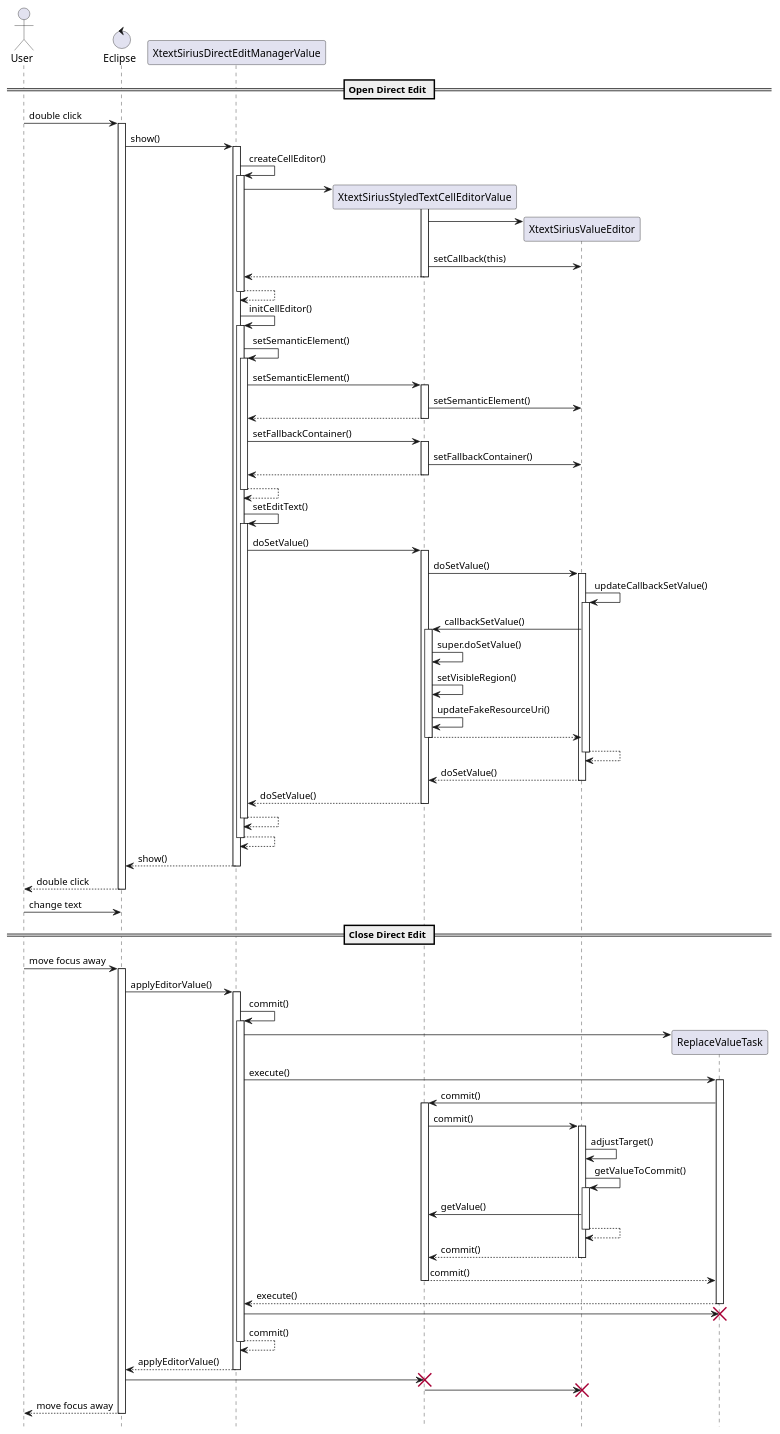
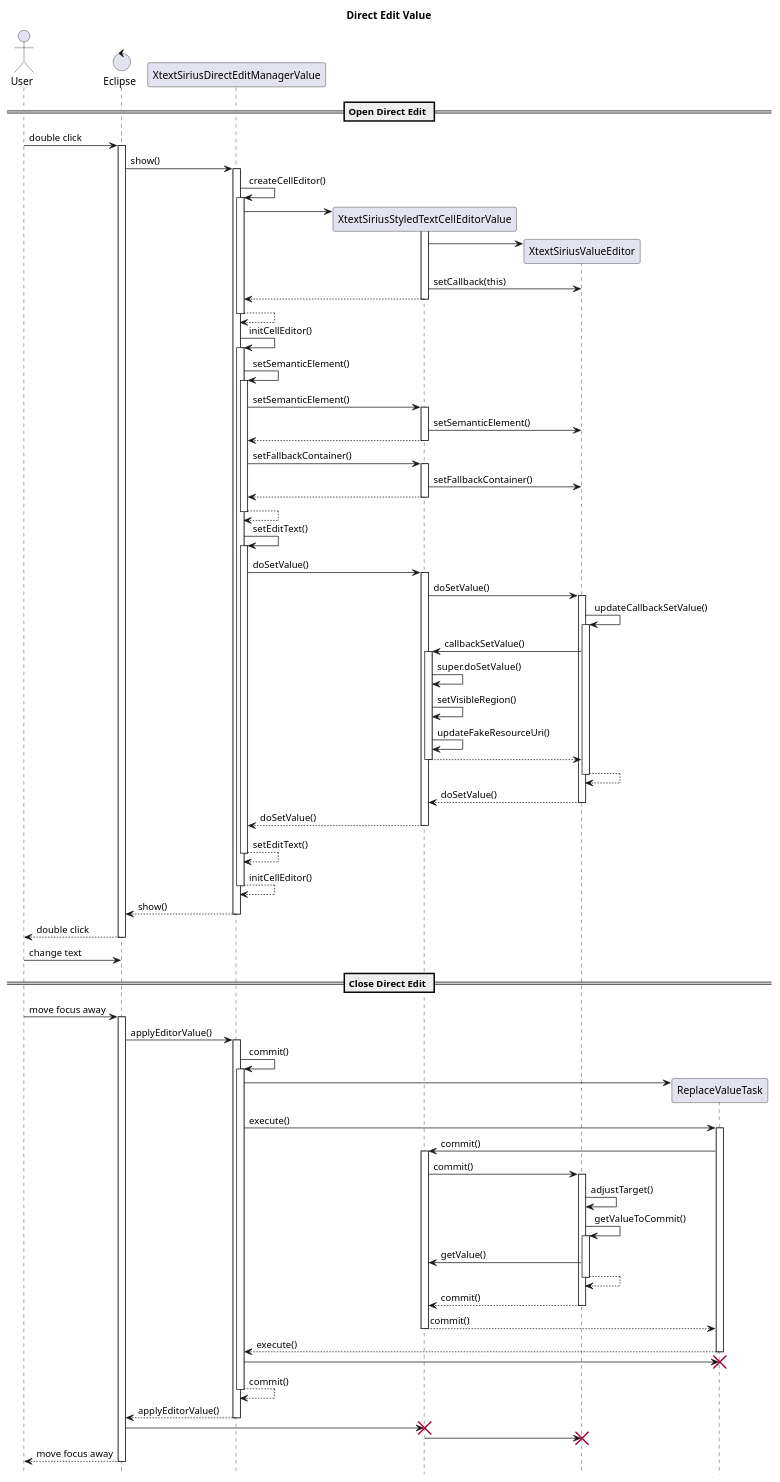
The second of 4 diagrams in doc/com.altran.general.integration.xtextsirius.doc/internalFlow.adoc (altran-mde/xtext-sirius-integration), drawn with PlantUML before and after one commit. The commit also changed other lines of this file and 9 other files, not shown here.

Commit message:
finished sequence diagrams for internal flow

```diff
--- a/doc/com.altran.general.integration.xtextsirius.doc/internalFlow.adoc
+++ b/doc/com.altran.general.integration.xtextsirius.doc/internalFlow.adoc
@@ -260,77 +223,62 @@
 
 participant ReplaceValueTask as replaceValueTask
 
+title Direct Edit Value
+
 == Open Direct Edit ==
 
 user -> eclipse ++: double click
 
-eclipse -> editMgr ++: show()
+	eclipse -> editMgr ++: show()
 
-editMgr -> editMgr ++: createCellEditor()
+		editMgr -> editMgr ++: createCellEditor()
+			editMgr -> cellEditor **
+			activate cellEditor
+				cellEditor -> valueEditor **
+				cellEditor -> valueEditor: setCallback(this)
+			'new cellEditor
+			return
+		'editMgr.createCellEditor()
+		return
 
-editMgr -> cellEditor **
-activate cellEditor
+		editMgr -> editMgr ++: initCellEditor()
 
-cellEditor -> valueEditor **
-cellEditor -> valueEditor: setCallback(this)
+			editMgr -> editMgr ++: setSemanticElement()
+				editMgr -> cellEditor ++: setSemanticElement()
+					cellEditor -> valueEditor: setSemanticElement()
+				'cellEditor.setSemanticElement()
+				return
 
-'new cellEditor
-return
+				editMgr -> cellEditor ++: setFallbackContainer()
+					cellEditor -> valueEditor: setFallbackContainer()
+				'cellEditor.setFallbackContainer()
+				return
+			'editMgr.setSemanticElement()
+			return
 
-'editMgr.createCellEditor()
-return
+			editMgr -> editMgr ++: setEditText()
+				editMgr -> cellEditor ++: doSetValue()
+					cellEditor -> valueEditor ++: doSetValue()
+						valueEditor -> valueEditor ++: updateCallbackSetValue()
+							valueEditor -> cellEditor ++: callbackSetValue()
+								cellEditor -> cellEditor: super.doSetValue()
+								cellEditor -> cellEditor: setVisibleRegion()
+								cellEditor -> cellEditor: updateFakeResourceUri()
+							'cellEditor.callbackSetValue()
+							return
+						'valueEditor.updateCallbackSetValue()
+						return
+					'valueEditor.doSetValue()
+					return doSetValue()
+				'cellEditor.doSetValue()
+				return doSetValue()
+			'editMgr.setEditText()
+			return setEditText()
 
-editMgr -> editMgr ++: initCellEditor()
-
-editMgr -> editMgr ++: setSemanticElement()
-
-editMgr -> cellEditor ++: setSemanticElement()
-cellEditor -> valueEditor: setSemanticElement()
-'cellEditor.setSemanticElement()
-return
-
-editMgr -> cellEditor ++: setFallbackContainer()
-cellEditor -> valueEditor: setFallbackContainer()
-'cellEditor.setFallbackContainer()
-return
-
-'editMgr.setSemanticElement()
-return
-
-editMgr -> editMgr ++: setEditText()
-
-editMgr -> cellEditor ++: doSetValue()
-
-cellEditor -> valueEditor ++: doSetValue()
-valueEditor -> valueEditor ++: updateCallbackSetValue()
-
-valueEditor -> cellEditor ++: callbackSetValue()
-cellEditor -> cellEditor: super.doSetValue()
-cellEditor -> cellEditor: setVisibleRegion()
-cellEditor -> cellEditor: updateFakeResourceUri()
-
-'cellEditor.callbackSetValue()
-return
-
-'valueEditor.updateCallbackSetValue()
-return
-
-
-'valueEditor.doSetValue()
-return doSetValue()
-
-'cellEditor.doSetValue()
-return doSetValue()
-
-'editMgr.setEditText()
-return
-
-'editMgr.initCellEditor()
-return
-
-'editMgr.show()
-return show()
-
+		'editMgr.initCellEditor()
+		return initCellEditor()
+	'editMgr.show()
+	return show()
 ' eclipse.double click
 return double click
 
@@ -340,43 +288,31 @@
 
 user -> eclipse ++: move focus away
 
-eclipse -> editMgr ++: applyEditorValue()
-editMgr -> editMgr ++: commit()
+	eclipse -> editMgr ++: applyEditorValue()
+		editMgr -> editMgr ++: commit()
+			editMgr -> replaceValueTask **
+			editMgr -> replaceValueTask ++: execute()
+				replaceValueTask -> cellEditor ++: commit()
+					cellEditor -> valueEditor ++: commit()
+						valueEditor -> valueEditor: adjustTarget()
+						valueEditor -> valueEditor ++: getValueToCommit()
+							valueEditor -> cellEditor: getValue()
+						'valueEditor.getValueToCommit()
+						return
+					'valueEditor.commit()
+					return commit()
+				'cellEditor.commit()
+				return commit()
+			'replaceValueTask.execute()
+			return execute()
+			editMgr -> replaceValueTask !!
+		'editMgr.commit()
+		return commit()
+	'editMgr.applyEditorValue()
+	return applyEditorValue()
 
-editMgr -> replaceValueTask **
-
-editMgr -> replaceValueTask ++: execute()
-
-replaceValueTask -> cellEditor ++: commit()
-
-cellEditor -> valueEditor ++: commit()
-
-valueEditor -> valueEditor: adjustTarget()
-
-valueEditor -> valueEditor ++: getValueToCommit()
-valueEditor -> cellEditor: getValue()
-'valueEditor.getValueToCommit()
-return
-
-'valueEditor.commit()
-return commit()
-
-'cellEditor.commit()
-return commit()
-
-'replaceValueTask.execute()
-return execute()
-
-editMgr -> replaceValueTask !!
-
-'editMgr.commit()
-return commit()
-
-'editMgr.applyEditorValue()
-return applyEditorValue()
-
-eclipse -> cellEditor !!
-cellEditor -> valueEditor !!
+	eclipse -> cellEditor !!
+	cellEditor -> valueEditor !!
 
 ' eclipse.move focus away
 return move focus away
```
